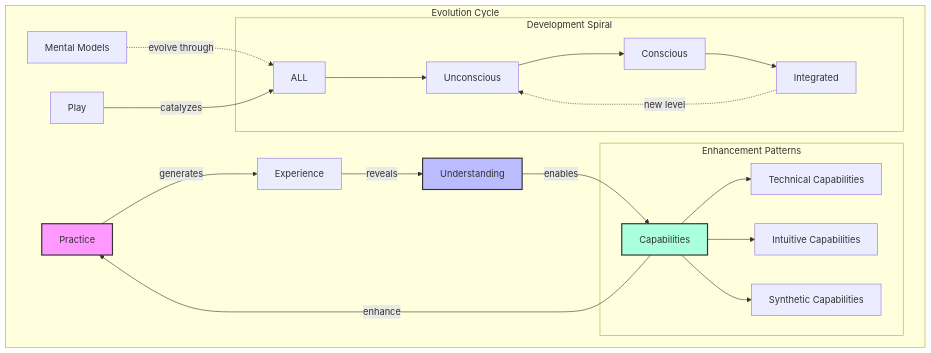
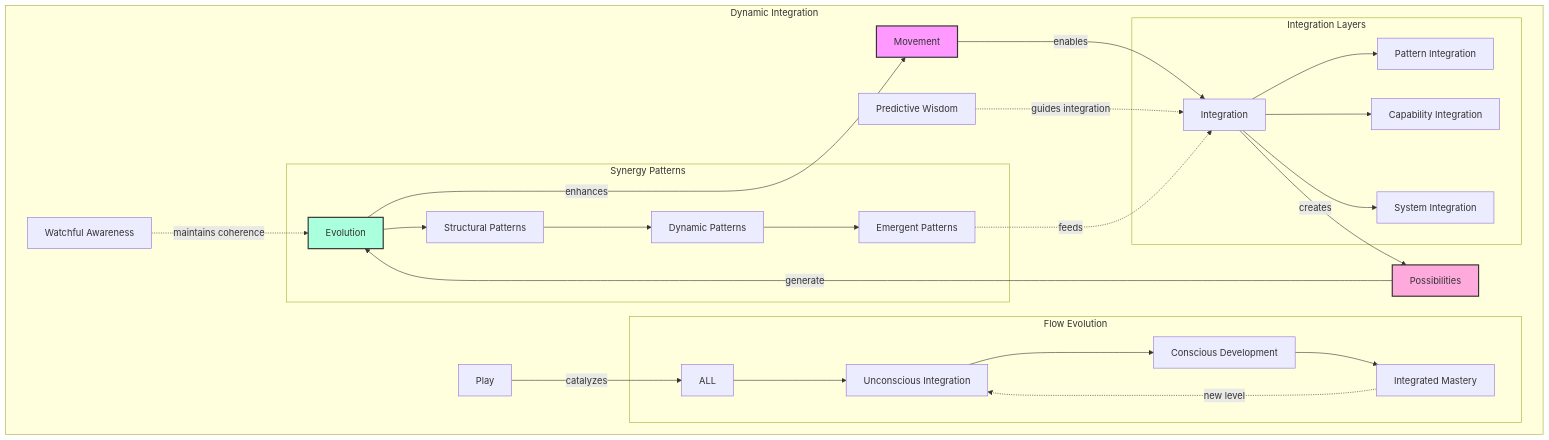
Before and after one commit to phillipclapham/neuroweaver: diagram 26 of 48 in README.md, drawn with Mermaid. The commit also changed other lines of this file and 1 other file, not shown here.

````diff
--- a/README.md
+++ b/README.md
@@ -1262,29 +1658,37 @@
 ```mermaid
 graph TD
-    subgraph "Evolution Cycle"
-        P[Practice] -->|generates| E[Experience]
-        E -->|reveals| U[Understanding]
-        U -->|enables| C[Capabilities]
-        C -->|enhance| P
+    subgraph "Dynamic Integration"
+        M[Movement] -->|enables| I[Integration]
+        I -->|creates| P[Possibilities]
+        P -->|generate| E[Evolution]
+        E -->|enhances| M
 
-        subgraph "Enhancement Patterns"
-            C --> TC[Technical Capabilities]
-            C --> IC[Intuitive Capabilities]
-            C --> SC[Synthetic Capabilities]
+        PW[Predictive Wisdom] -.->|guides integration| I
+        WA[Watchful Awareness] -.->|maintains coherence| E
+        Play[Play] -->|catalyzes| ALL
+
+        subgraph "Integration Layers"
+            I --> PI[Pattern Integration]
+            I --> CI[Capability Integration]
+            I --> SI[System Integration]
         end
 
-        subgraph "Development Spiral"
-            ALL --> UN[Unconscious]
-            UN --> CO[Conscious]
-            CO --> IN[Integrated]
-            IN -.->|new level| UN
+        subgraph "Flow Evolution"
+            ALL --> U[Unconscious Integration]
+            U --> C[Conscious Development]
+            C --> IM[Integrated Mastery]
+            IM -.->|new level| U
         end
 
-        MM[Mental Models] -.->|evolve through| ALL
-        Play[Play] -->|catalyzes| ALL
+        subgraph "Synergy Patterns"
+            E --> SP[Structural Patterns]
+            SP --> DP[Dynamic Patterns]
+            DP --> EP[Emergent Patterns]
+            EP -.->|feeds| I
+        end
     end
 
-    style P fill:#f9f,stroke:#333,stroke-width:2px
-    style U fill:#bbf,stroke:#333,stroke-width:2px
-    style C fill:#afd,stroke:#333,stroke-width:2px
+    style M fill:#f9f,stroke:#333,stroke-width:2px
+    style P fill:#fad,stroke:#333,stroke-width:2px
+    style E fill:#afd,stroke:#333,stroke-width:2px
 ```
````
